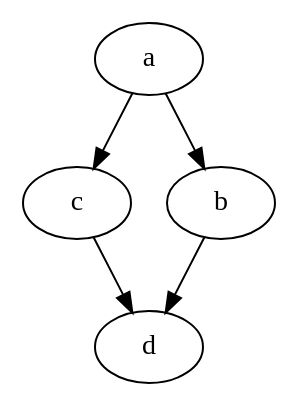
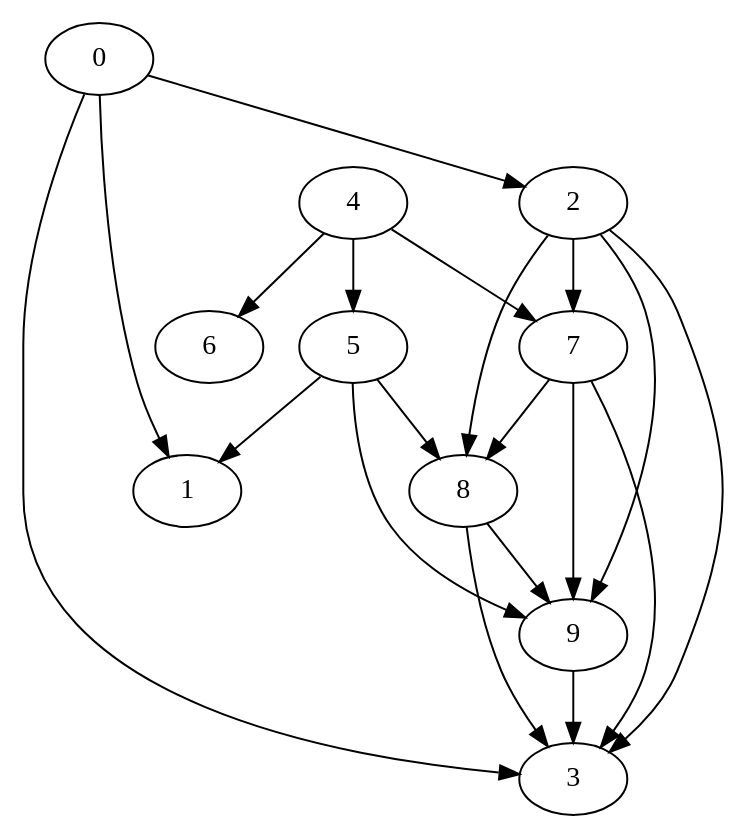
The diagram in input-output.dot (mohan-cao/revilo), drawn with Graphviz before and after one commit. The commit also changed 1 other file, not shown here.

```diff
--- a/input-output.dot
+++ b/input-output.dot
@@ -1,10 +1,31 @@
-digraph "outputMydiamond" {
-		a -> c	[Weight=5];
-		a -> b	[Weight=3];
-		c -> d	[Weight=1];
-		b -> d	[Weight=2];
-		d		[Weight=4,Start=6,Processor=1];
-		a		[Weight=2,Start=0,Processor=1];
-		c		[Weight=1,Start=2,Processor=1];
-		b		[Weight=3,Start=3,Processor=1];
+digraph "outputOutput" {
+		0 -> 1	[Weight=34];
+		0 -> 2	[Weight=24];
+		0 -> 3	[Weight=44];
+		2 -> 3	[Weight=39];
+		2 -> 7	[Weight=10];
+		2 -> 8	[Weight=48];
+		2 -> 9	[Weight=48];
+		4 -> 5	[Weight=48];
+		4 -> 6	[Weight=19];
+		4 -> 7	[Weight=39];
+		5 -> 1	[Weight=10];
+		5 -> 8	[Weight=48];
+		5 -> 9	[Weight=48];
+		7 -> 3	[Weight=29];
+		7 -> 8	[Weight=15];
+		7 -> 9	[Weight=39];
+		8 -> 3	[Weight=34];
+		8 -> 9	[Weight=15];
+		9 -> 3	[Weight=39];
+		0		[Weight=6,Start=6,Processor=-1];
+		1		[Weight=10,Start=15,Processor=-1];
+		2		[Weight=3,Start=12,Processor=-1];
+		3		[Weight=8,Start=34,Processor=-1];
+		4		[Weight=5,Start=5,Processor=-1];
+		5		[Weight=5,Start=10,Processor=-1];
+		6		[Weight=7,Start=10,Processor=-1];
+		7		[Weight=8,Start=15,Processor=-1];
+		8		[Weight=3,Start=23,Processor=-1];
+		9		[Weight=8,Start=26,Processor=-1];
 }
```
